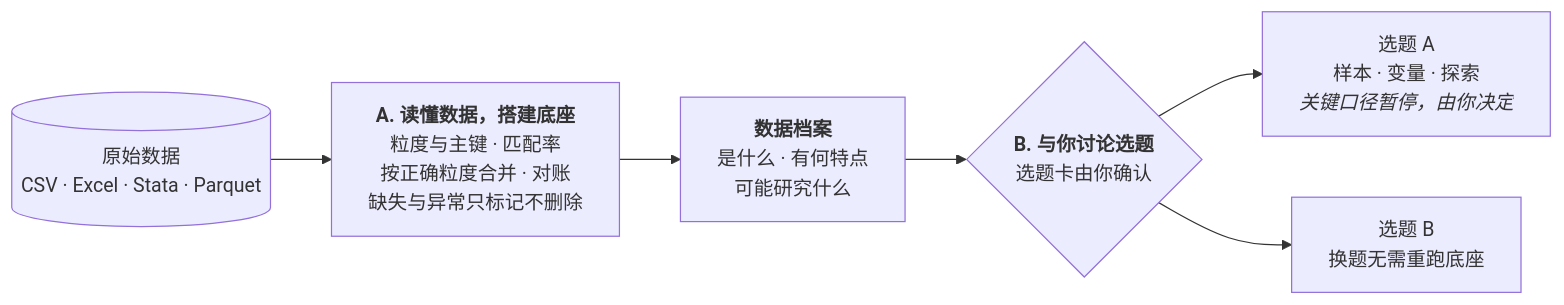
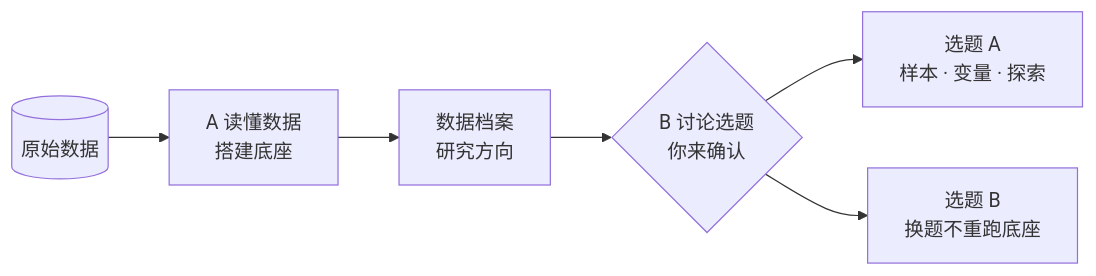
One commit to xyizhan/empirical-workbench changed the diagram in README.md. Above: the diagram before and after it, drawn with Mermaid. The commit also changed other lines of this file and 1 other file, not shown here.

Commit message:
Simplify the README workflow diagram and keep generated and promo code out of the language stats

````diff
--- a/README.md
+++ b/README.md
@@ -72,8 +72,8 @@
 ```mermaid
 flowchart LR
-    R[("原始数据<br/>CSV · Excel · Stata · Parquet")] --> A["<b>A. 读懂数据，搭建底座</b><br/>粒度与主键 · 匹配率<br/>按正确粒度合并 · 对账<br/>缺失与异常只标记不删除"]
-    A --> P["<b>数据档案</b><br/>是什么 · 有何特点<br/>可能研究什么"]
-    P --> D{"<b>B. 与你讨论选题</b><br/>选题卡由你确认"}
-    D --> T1["选题 A<br/>样本 · 变量 · 探索<br/><i>关键口径暂停，由你决定</i>"]
-    D --> T2["选题 B<br/>换题无需重跑底座"]
+    R[("原始数据")] --> A["A 读懂数据<br/>搭建底座"]
+    A --> P["数据档案<br/>研究方向"]
+    P --> D{"B 讨论选题<br/>你来确认"}
+    D --> T1["选题 A<br/>样本 · 变量 · 探索"]
+    D --> T2["选题 B<br/>换题不重跑底座"]
 ```
````
